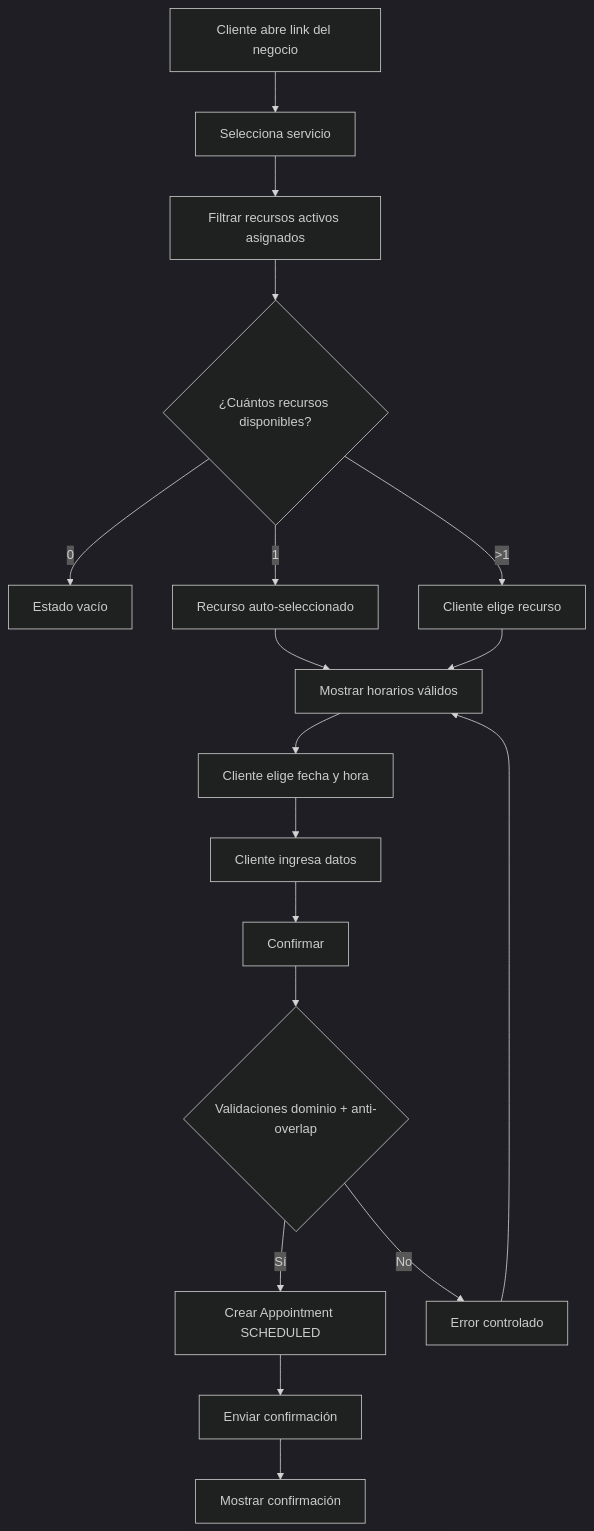
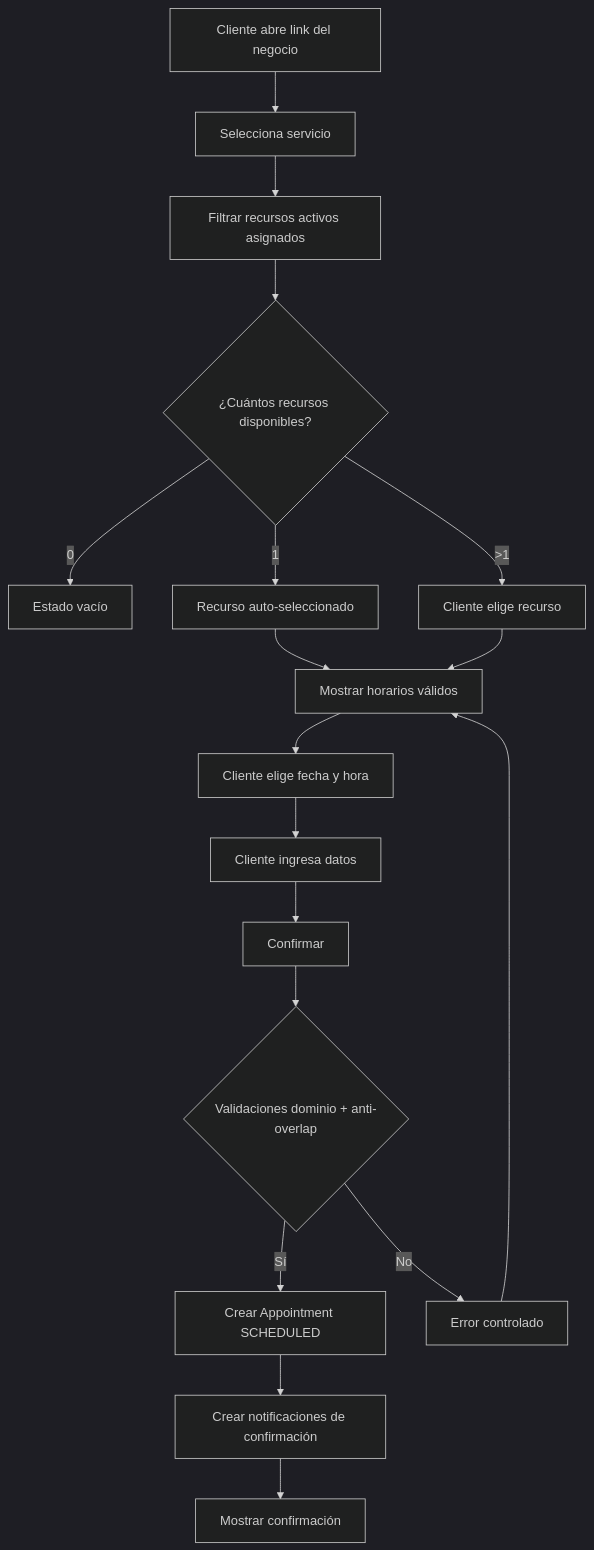
One commit to coccagerman/aggendia changed the diagram in docs/flows.md. Above: the diagram before and after it, drawn with Mermaid (dark theme). The commit also changed other lines of this file and 14 other files, not shown here.

````diff
--- a/docs/flows.md
+++ b/docs/flows.md
@@ -233,20 +237,20 @@
 ```mermaid
 flowchart TD
   A[Cliente abre link del negocio] --> B[Selecciona servicio]
   B --> C[Filtrar recursos activos asignados]
   C --> D{¿Cuántos recursos disponibles?}
   D -- 0 --> X[Estado vacío]
   D -- 1 --> E[Recurso auto-seleccionado]
   D -- >1 --> F[Cliente elige recurso]
   E --> G[Mostrar horarios válidos]
   F --> G
   G --> H[Cliente elige fecha y hora]
   H --> I[Cliente ingresa datos]
   I --> J[Confirmar]
   J --> K{Validaciones dominio + anti-overlap}
   K -- Sí --> L[Crear Appointment SCHEDULED]
-  L --> M[Enviar confirmación]
+  L --> M[Crear notificaciones de confirmación]
   M --> N[Mostrar confirmación]
   K -- No --> O[Error controlado]
   O --> G
 ```
````
